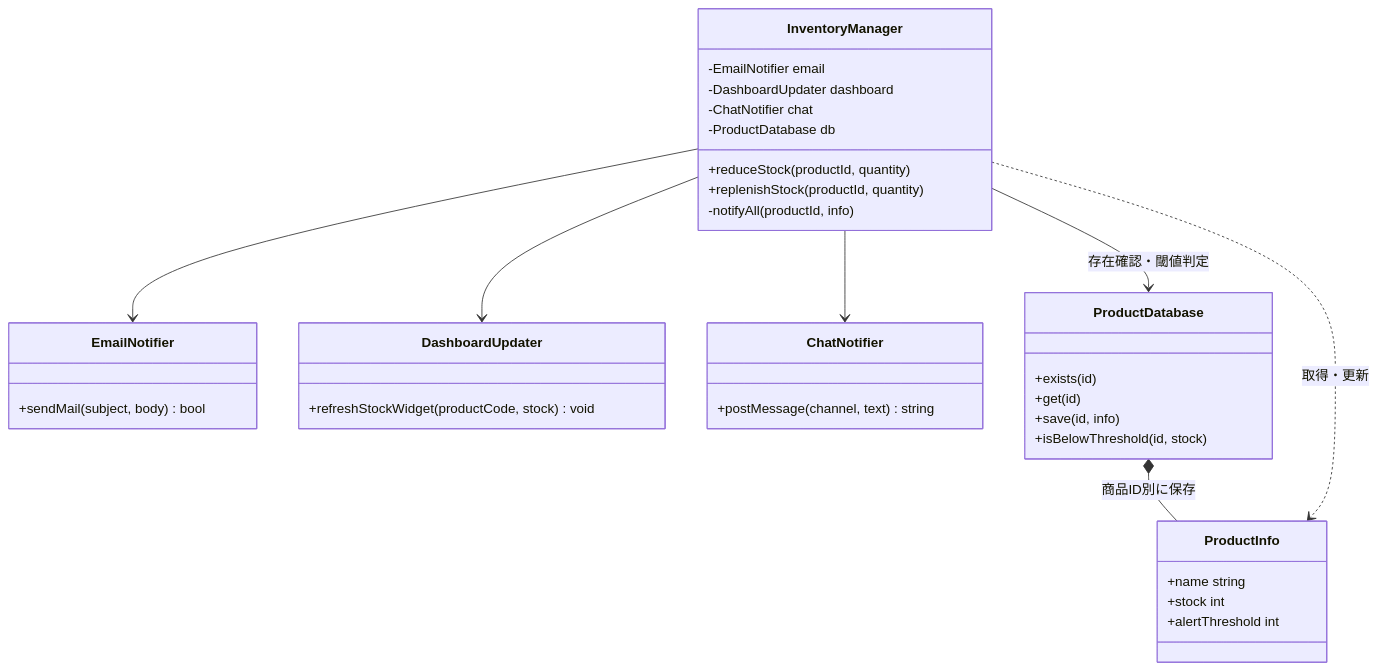
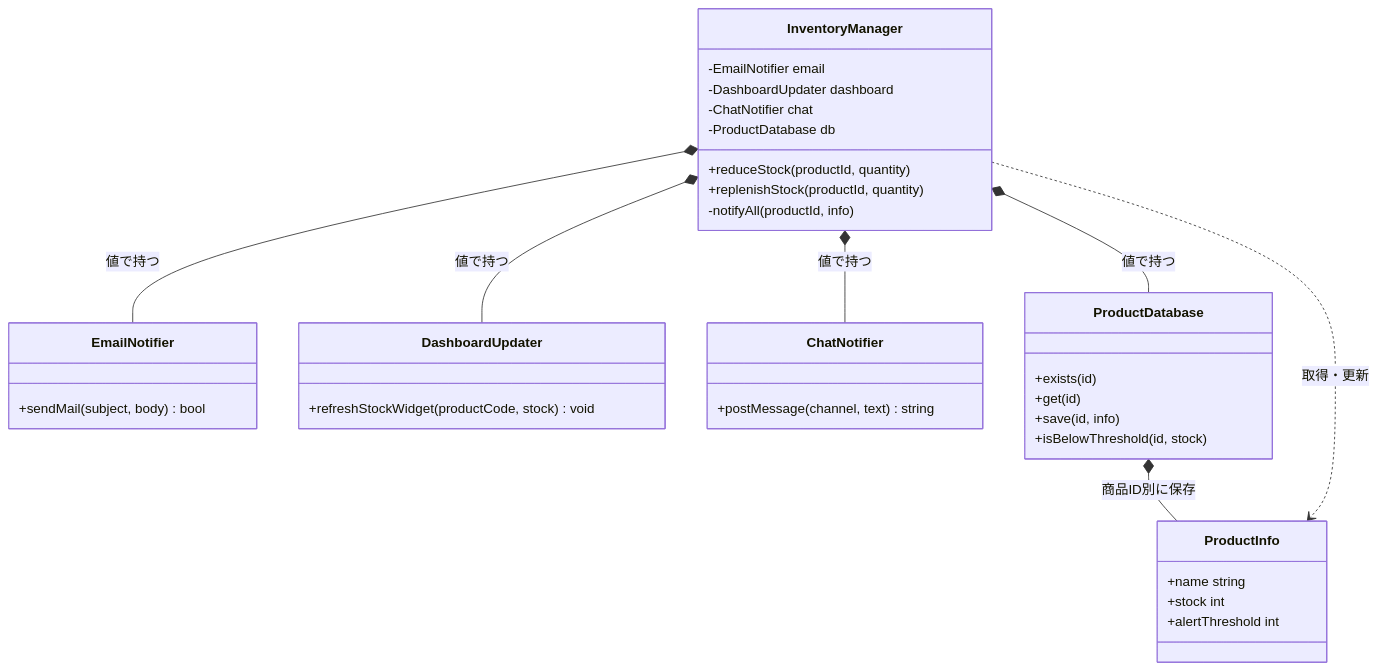
The third of 13 diagrams in kindle/design-patterns/books/volume01-core-patterns/output/05-chapter03.md (kumachan1101-pixel/DesignPattern), drawn with Mermaid before and after one commit. The commit also changed other lines of this file and 6 other files, not shown here.

First line of the commit message:
要求の定義・エラー条件・クラス図を実物へ合わせる

````diff
--- a/kindle/design-patterns/books/volume01-core-patterns/output/05-chapter03.md
+++ b/kindle/design-patterns/books/volume01-core-patterns/output/05-chapter03.md
@@ -270,39 +273,39 @@
 ```mermaid
 classDiagram
     class InventoryManager {
         -EmailNotifier email
         -DashboardUpdater dashboard
         -ChatNotifier chat
         -ProductDatabase db
         +reduceStock(productId, quantity)
         +replenishStock(productId, quantity)
         -notifyAll(productId, info)
     }
     class EmailNotifier {
         +sendMail(subject, body) bool
     }
     class DashboardUpdater {
         +refreshStockWidget(productCode, stock) void
     }
     class ChatNotifier {
         +postMessage(channel, text) string
     }
     class ProductDatabase {
         +exists(id)
         +get(id)
         +save(id, info)
         +isBelowThreshold(id, stock)
     }
     class ProductInfo {
         +name string
         +stock int
         +alertThreshold int
     }
-    InventoryManager --> EmailNotifier
-    InventoryManager --> DashboardUpdater
-    InventoryManager --> ChatNotifier
-    InventoryManager --> ProductDatabase : 存在確認・閾値判定
+    InventoryManager *-- EmailNotifier : 値で持つ
+    InventoryManager *-- DashboardUpdater : 値で持つ
+    InventoryManager *-- ChatNotifier : 値で持つ
+    InventoryManager *-- ProductDatabase : 値で持つ
     ProductDatabase *-- ProductInfo : 商品ID別に保存
     InventoryManager ..> ProductInfo : 取得・更新
 
 ```
````
